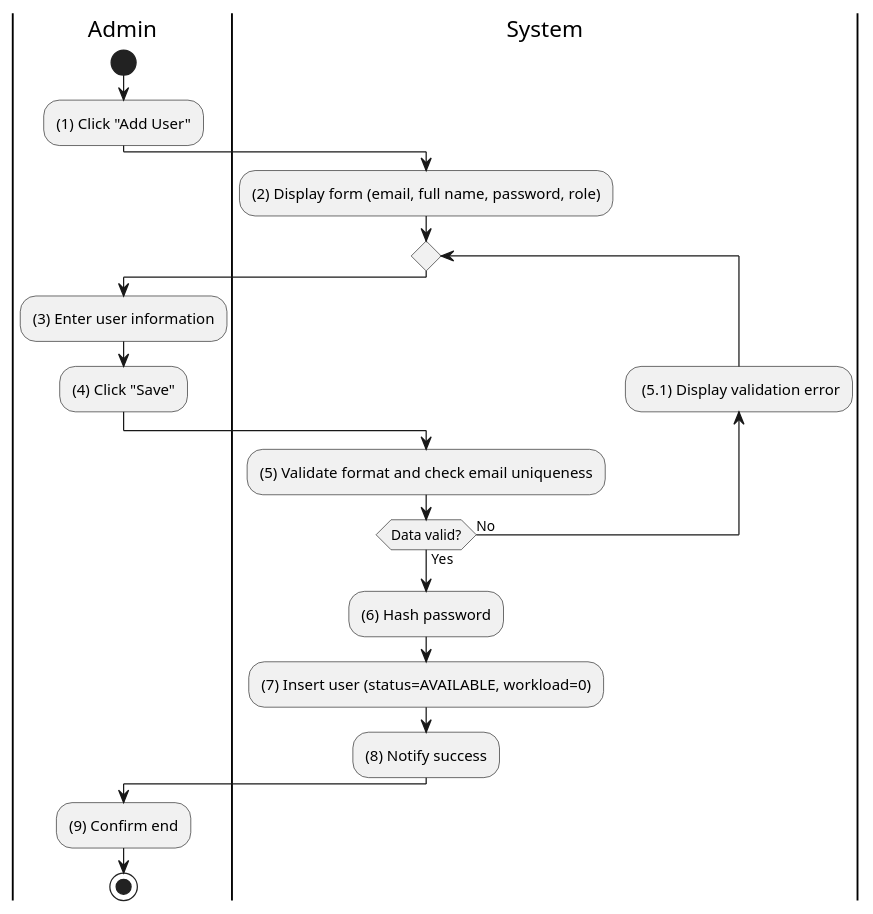
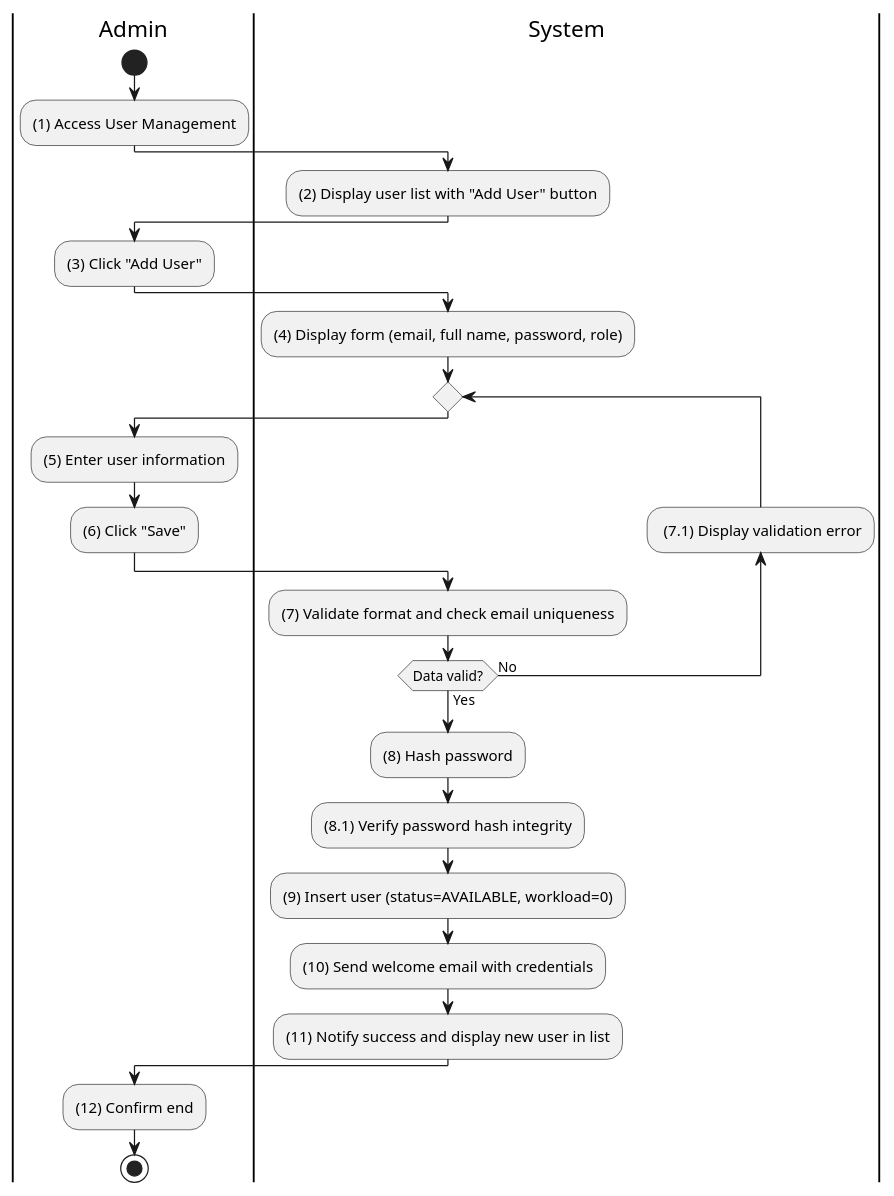
The diagram in docs/docs/activity/admin/add-system-user.md (taskpilot-platform/taskpilot-platform.github.io), drawn with PlantUML before and after one commit. The commit also changed 17 other files, not shown here.

````diff
--- a/docs/docs/activity/admin/add-system-user.md
+++ b/docs/docs/activity/admin/add-system-user.md
@@ -3,32 +3,41 @@
 ```plantuml
 @startuml
+
 |A|Admin
 |S|System
 
 |A|
 start
-:(1) Click "Add User";
+:(1) Access User Management;
 
 |S|
-:(2) Display form (email, full name, password, role);
+:(2) Display user list with "Add User" button;
+
+|A|
+:(3) Click "Add User";
+
+|S|
+:(4) Display form (email, full name, password, role);
 
 repeat
   |A|
-  :(3) Enter user information;
-  :(4) Click "Save";
+  :(5) Enter user information;
+  :(6) Click "Save";
 
   |S|
-  :(5) Validate format and check email uniqueness;
-  backward: (5.1) Display validation error;
+  :(7) Validate format and check email uniqueness;
+  backward: (7.1) Display validation error;
 repeat while (Data valid?) is (No) not (Yes)
 
-:(6) Hash password;
-:(7) Insert user (status=AVAILABLE, workload=0);
-:(8) Notify success;
+:(8) Hash password;
+:(8.1) Verify password hash integrity;
+:(9) Insert user (status=AVAILABLE, workload=0);
+:(10) Send welcome email with credentials;
+:(11) Notify success and display new user in list;
 
 |A|
-:(9) Confirm end;
+:(12) Confirm end;
 
 stop
 @enduml
 ```
````
